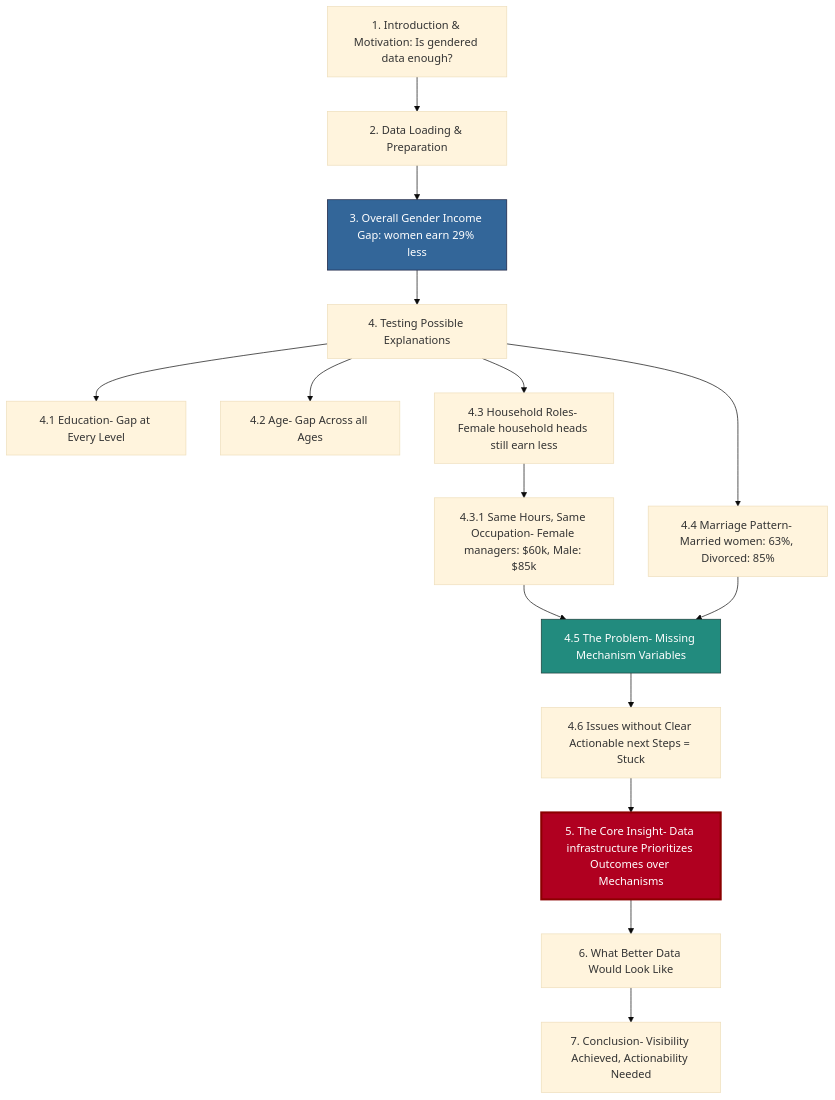
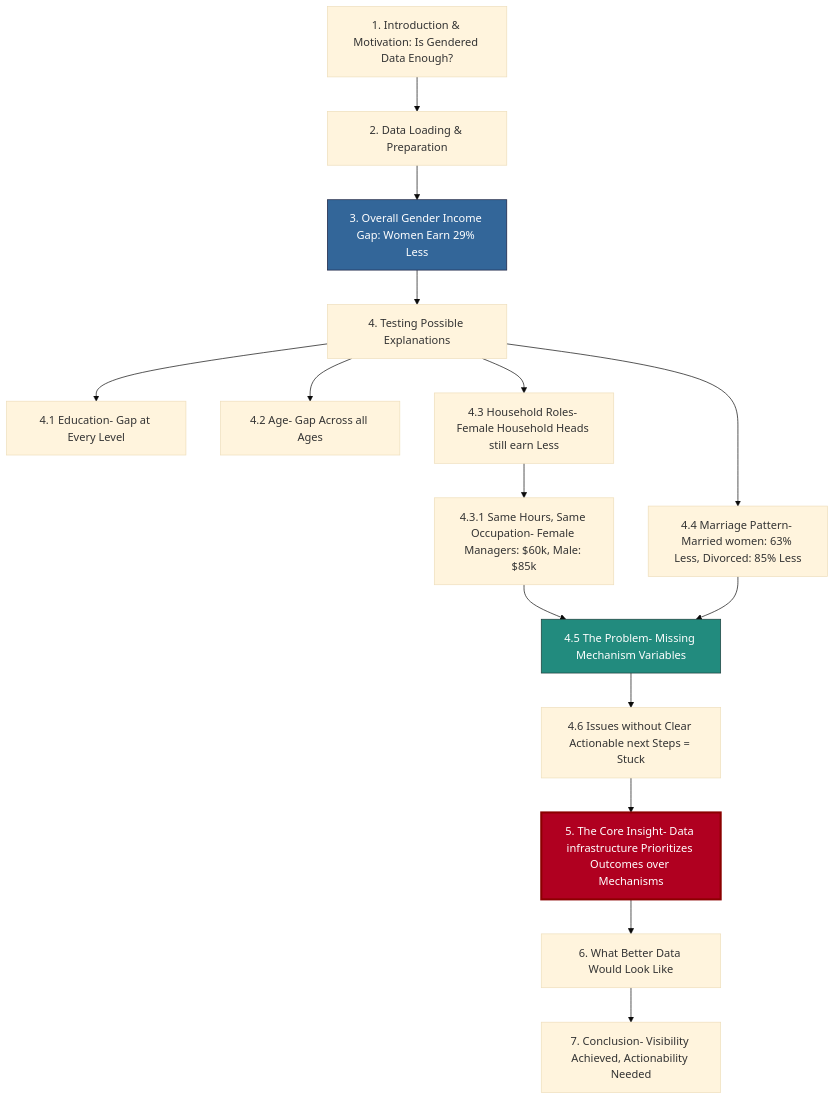
One commit to harshatha-prasanna/gender_data_bias changed the diagram in README.md. Above: the diagram before and after it, drawn with Mermaid (base theme).

Commit message:
fixed errors

````diff
--- a/README.md
+++ b/README.md
@@ -26,21 +26,21 @@
 ```mermaid
 graph TD
-    A[1. Introduction & Motivation: Is gendered data enough?] --> B[2. Data Loading & Preparation]
-    B --> C[3. Overall Gender Income Gap: women earn 29% less]
+    A[1. Introduction & Motivation: Is Gendered Data Enough?] --> B[2. Data Loading & Preparation]
+    B --> C[3. Overall Gender Income Gap: Women Earn 29% Less]
     C --> D[4. Testing Possible Explanations]
     D --> E[4.1 Education- Gap at Every Level]
     D --> F[4.2 Age- Gap Across all Ages]
-    D --> G[4.3 Household Roles- Female household heads still earn less]
-    G --> H[4.3.1 Same Hours, Same Occupation- Female managers: $60k, Male: $85k]
-    D --> I[4.4 Marriage Pattern- Married women: 63%, Divorced: 85%]
+    D --> G[4.3 Household Roles- Female Household Heads still earn Less]
+    G --> H[4.3.1 Same Hours, Same Occupation- Female Managers: $60k, Male: $85k]
+    D --> I[4.4 Marriage Pattern- Married women: 63% Less, Divorced: 85% Less]
     H --> J[4.5 The Problem- Missing Mechanism Variables]
     I --> J
     J --> K[4.6 Issues without Clear Actionable next Steps = Stuck]
     K --> L[5. The Core Insight- Data infrastructure Prioritizes Outcomes over Mechanisms]
     L --> M[6. What Better Data Would Look Like]
     M --> N[7. Conclusion- Visibility Achieved, Actionability Needed]
     
   style L fill:#b00020,stroke:#8b0000,stroke-width:3px,color:#ffffff
   style C fill:#336699,stroke:#1a1f3d,color:#ffffff
   style J fill:#228b7e,stroke:#1c3d3a,color:#ffffff
 ```
````
